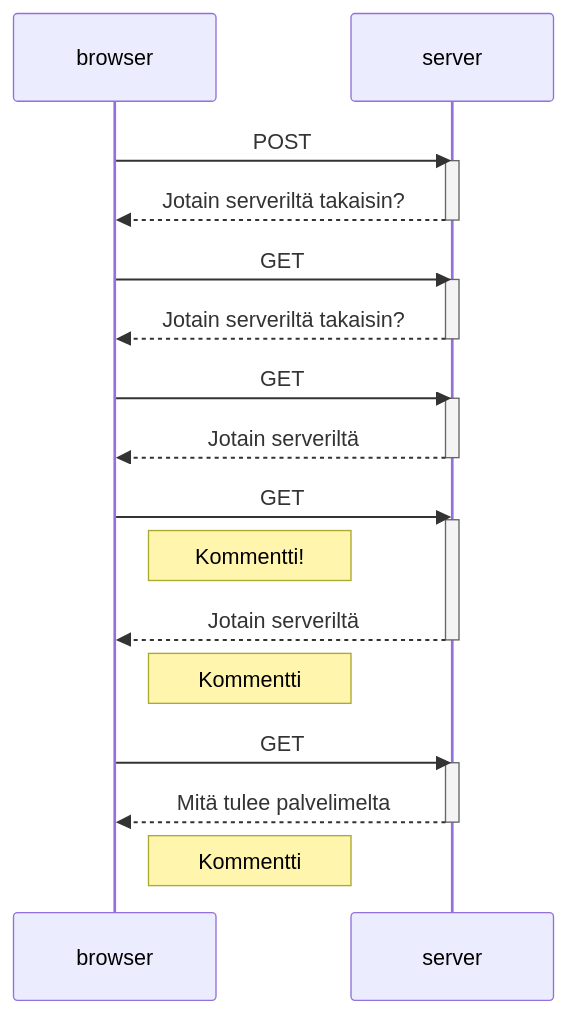
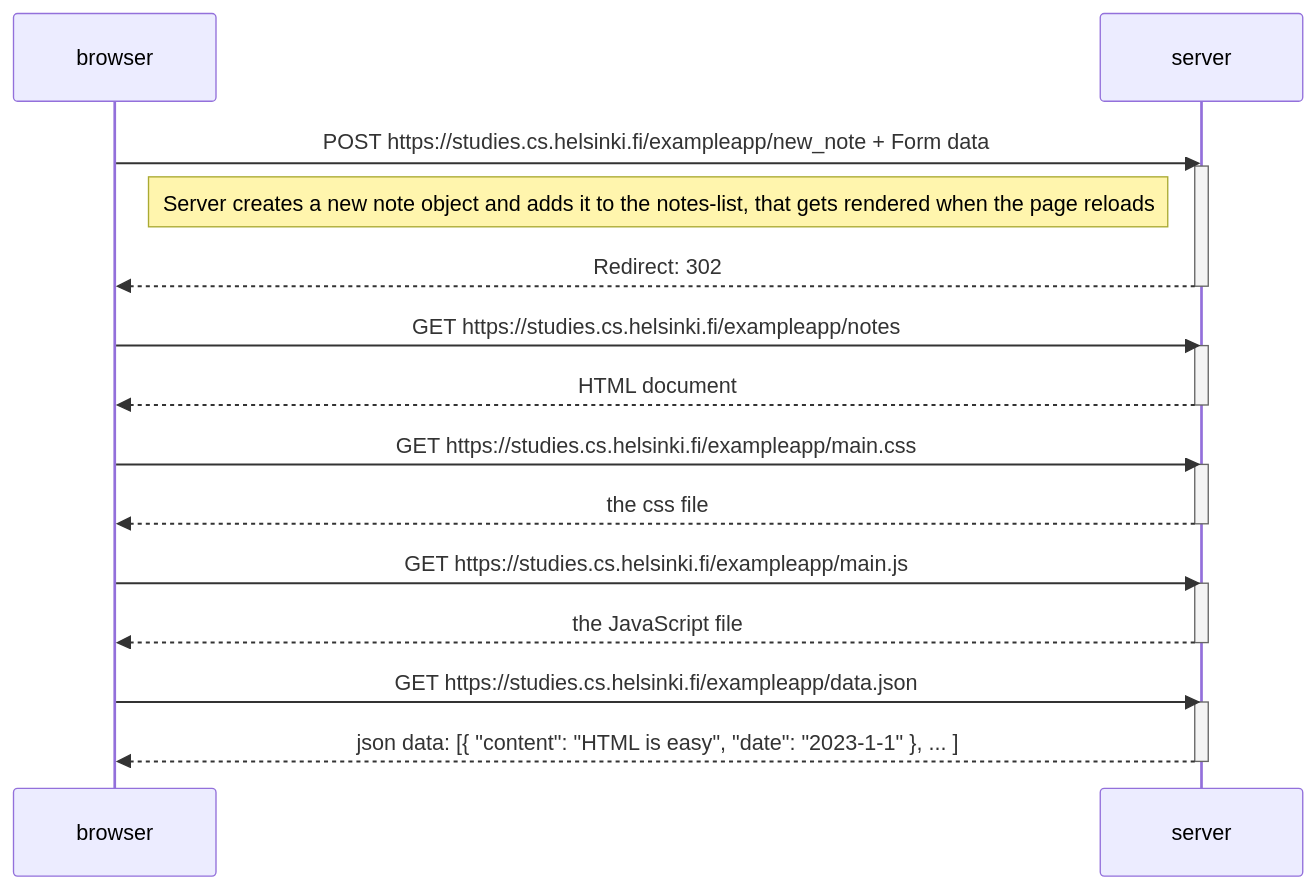
One commit to withoutglue/FullStack-HY changed the diagram in osa0/uusi_muistiinpano.md. Above: the diagram before and after it, drawn with Mermaid.

````diff
--- a/osa0/uusi_muistiinpano.md
+++ b/osa0/uusi_muistiinpano.md
@@ -3,37 +3,33 @@
 ```mermaid
 sequenceDiagram
     participant browser
     participant server
 
-    browser->>server: POST
+    browser->>server: POST https://studies.cs.helsinki.fi/exampleapp/new_note + Form data
     activate server
-    server-->>browser: Jotain serveriltä takaisin?
+    Note right of browser: Server creates a new note object and adds it to the notes-list, that gets rendered when the page reloads
+    server-->>browser: Redirect: 302
     deactivate server
     
-    browser->>server: GET
+    browser->>server: GET https://studies.cs.helsinki.fi/exampleapp/notes
     activate server
-    server-->>browser: Jotain serveriltä takaisin?
+    server-->>browser: HTML document
     deactivate server
     
-    browser->>server: GET
+    browser->>server: GET https://studies.cs.helsinki.fi/exampleapp/main.css
     activate server
-    server-->>browser: Jotain serveriltä
+    server-->>browser: the css file
     deactivate server
     
-    browser->>server: GET
+    browser->>server: GET https://studies.cs.helsinki.fi/exampleapp/main.js
     activate server
-
-    Note right of browser: Kommentti!
-
-    server-->>browser: Jotain serveriltä
+    server-->>browser: the JavaScript file
     deactivate server
     
-    Note right of browser: Kommentti
     
-    browser->>server: GET
+    browser->>server: GET https://studies.cs.helsinki.fi/exampleapp/data.json
     activate server
-    server-->>browser: Mitä tulee palvelimelta
+    server-->>browser: json data: [{ "content": "HTML is easy", "date": "2023-1-1" }, ... ]
     deactivate server    
 
-    Note right of browser: Kommentti
 ```
````
